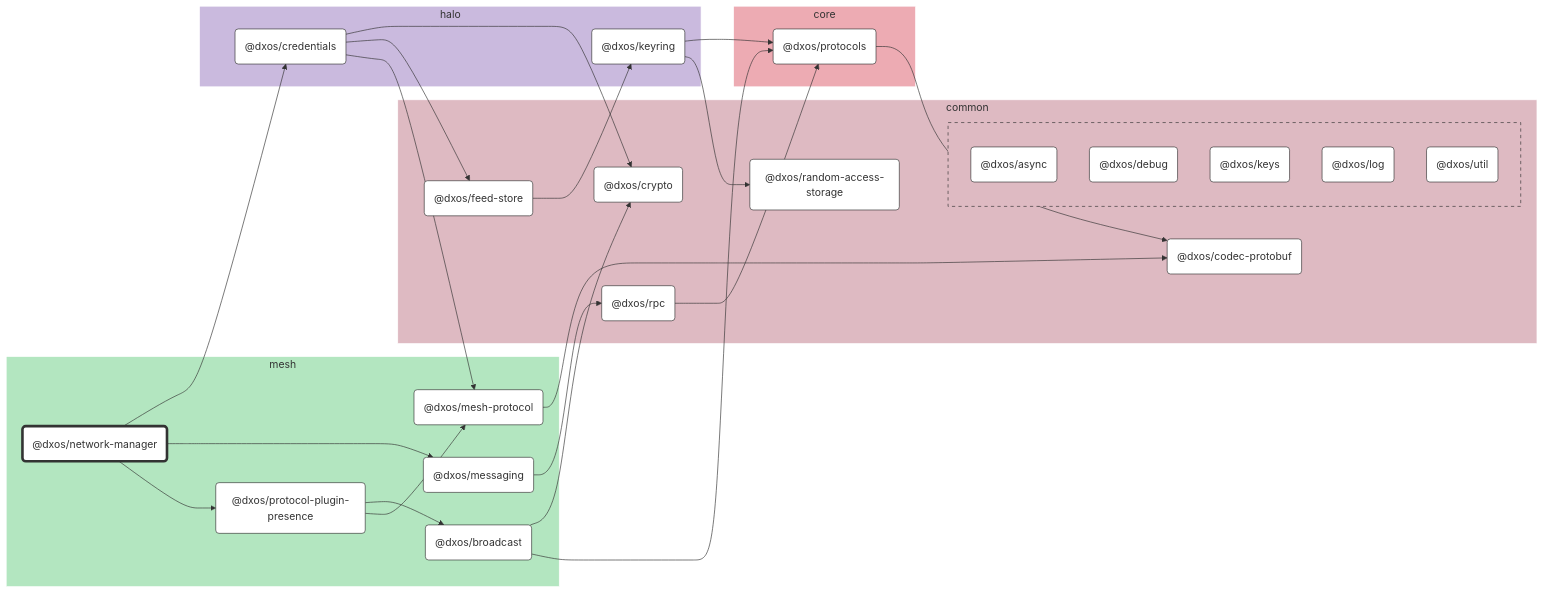
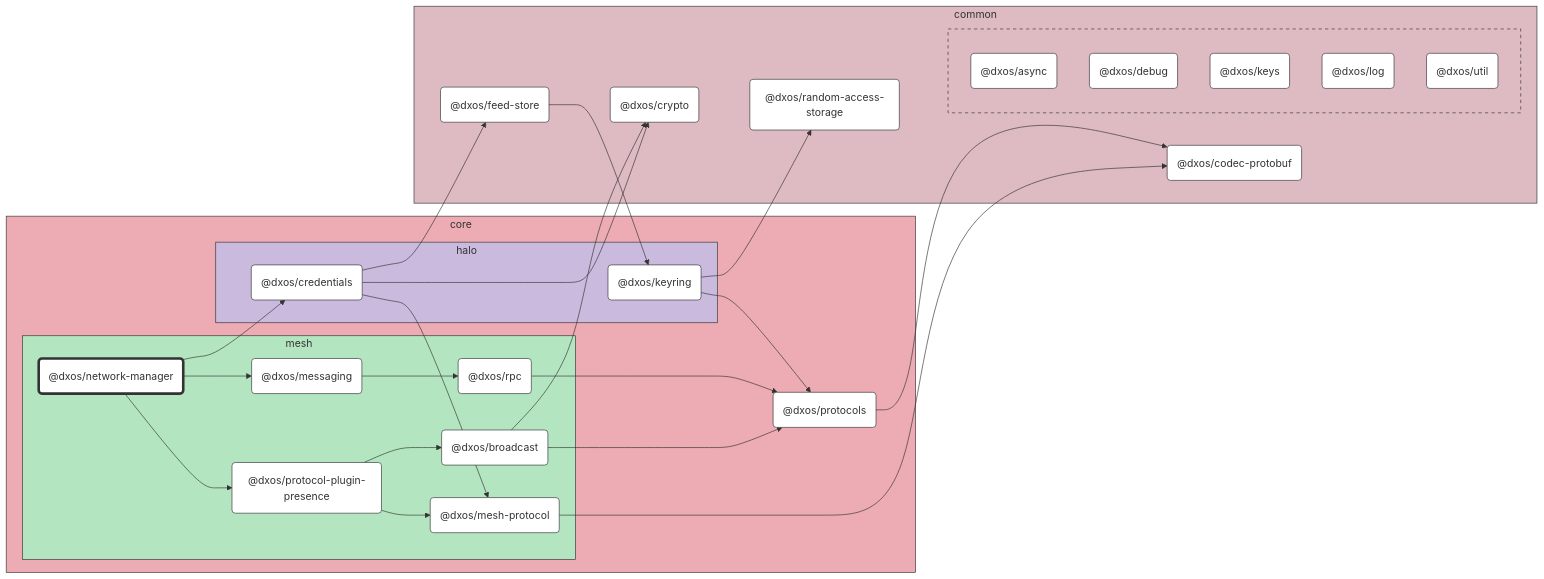
The diagram in packages/core/mesh/network-manager/docs/README.md (dxos/dxos), drawn with Mermaid before and after one commit. The commit also changed other lines of this file and 89 other files, not shown here.

```diff
--- a/packages/core/mesh/network-manager/docs/README.md
+++ b/packages/core/mesh/network-manager/docs/README.md
@@ -15,22 +15,38 @@
 
 %% Nodes
 
-subgraph mesh [mesh]
-  style mesh fill:#b3e6c0,stroke:#fff
-  dxos/network-manager("@dxos/network-manager"):::root
-  click dxos/network-manager "dxos/dxos/tree/main/packages/core/mesh/network-manager/docs"
-  dxos/mesh-protocol("@dxos/mesh-protocol"):::def
-  click dxos/mesh-protocol "dxos/dxos/tree/main/packages/core/mesh/mesh-protocol/docs"
-  dxos/messaging("@dxos/messaging"):::def
-  click dxos/messaging "dxos/dxos/tree/main/packages/core/mesh/messaging/docs"
-  dxos/protocol-plugin-presence("@dxos/protocol-plugin-presence"):::def
-  click dxos/protocol-plugin-presence "dxos/dxos/tree/main/packages/core/mesh/protocol-plugin-presence/docs"
-  dxos/broadcast("@dxos/broadcast"):::def
-  click dxos/broadcast "dxos/dxos/tree/main/packages/core/mesh/broadcast/docs"
+subgraph core [core]
+  style core fill:#edabb3,stroke:#333
+  dxos/protocols("@dxos/protocols"):::def
+  click dxos/protocols "dxos/dxos/tree/main/packages/core/protocols/docs"
+
+  subgraph mesh [mesh]
+    style mesh fill:#b3e6c0,stroke:#333
+    dxos/network-manager("@dxos/network-manager"):::root
+    click dxos/network-manager "dxos/dxos/tree/main/packages/core/mesh/network-manager/docs"
+    dxos/mesh-protocol("@dxos/mesh-protocol"):::def
+    click dxos/mesh-protocol "dxos/dxos/tree/main/packages/core/mesh/mesh-protocol/docs"
+    dxos/messaging("@dxos/messaging"):::def
+    click dxos/messaging "dxos/dxos/tree/main/packages/core/mesh/messaging/docs"
+    dxos/rpc("@dxos/rpc"):::def
+    click dxos/rpc "dxos/dxos/tree/main/packages/core/mesh/rpc/docs"
+    dxos/protocol-plugin-presence("@dxos/protocol-plugin-presence"):::def
+    click dxos/protocol-plugin-presence "dxos/dxos/tree/main/packages/core/mesh/protocol-plugin-presence/docs"
+    dxos/broadcast("@dxos/broadcast"):::def
+    click dxos/broadcast "dxos/dxos/tree/main/packages/core/mesh/broadcast/docs"
+  end
+
+  subgraph halo [halo]
+    style halo fill:#cabade,stroke:#333
+    dxos/credentials("@dxos/credentials"):::def
+    click dxos/credentials "dxos/dxos/tree/main/packages/core/halo/credentials/docs"
+    dxos/keyring("@dxos/keyring"):::def
+    click dxos/keyring "dxos/dxos/tree/main/packages/core/halo/keyring/docs"
+  end
 end
 
 subgraph common [common]
-  style common fill:#debac2,stroke:#fff
+  style common fill:#debac2,stroke:#333
   dxos/codec-protobuf("@dxos/codec-protobuf"):::def
   click dxos/codec-protobuf "dxos/dxos/tree/main/packages/common/codec-protobuf/docs"
   dxos/crypto("@dxos/crypto"):::def
@@ -39,11 +55,9 @@
   click dxos/feed-store "dxos/dxos/tree/main/packages/common/feed-store/docs"
   dxos/random-access-storage("@dxos/random-access-storage"):::def
   click dxos/random-access-storage "dxos/dxos/tree/main/packages/common/random-access-storage/docs"
-  dxos/rpc("@dxos/rpc"):::def
-  click dxos/rpc "dxos/dxos/tree/main/packages/core/mesh/rpc/docs"
 
-  subgraph common-excluded [ ]
-    style common-excluded fill:#debac2,stroke:#333,stroke-dasharray:5 5
+  subgraph _ [ ]
+    style _ fill:#debac2,stroke:#333,stroke-dasharray:5 5
     dxos/async("@dxos/async"):::def
     click dxos/async "dxos/dxos/tree/main/packages/common/async/docs"
     dxos/debug("@dxos/debug"):::def
@@ -55,20 +69,6 @@
     dxos/util("@dxos/util"):::def
     click dxos/util "dxos/dxos/tree/main/packages/common/util/docs"
   end
-end
-
-subgraph halo [halo]
-  style halo fill:#cabade,stroke:#fff
-  dxos/credentials("@dxos/credentials"):::def
-  click dxos/credentials "dxos/dxos/tree/main/packages/core/halo/credentials/docs"
-  dxos/keyring("@dxos/keyring"):::def
-  click dxos/keyring "dxos/dxos/tree/main/packages/core/halo/keyring/docs"
-end
-
-subgraph core [core]
-  style core fill:#edabb3,stroke:#fff
-  dxos/protocols("@dxos/protocols"):::def
-  click dxos/protocols "dxos/dxos/tree/main/packages/core/protocols/docs"
 end
 
 %% Links
```
